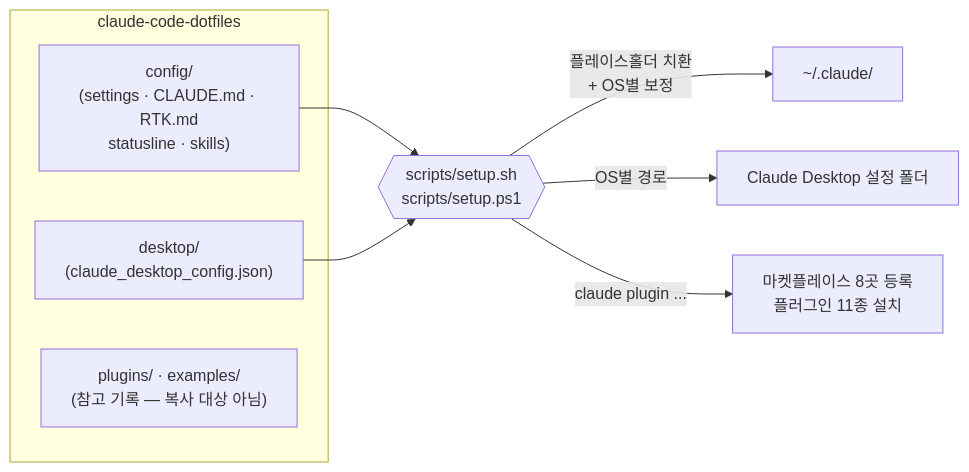
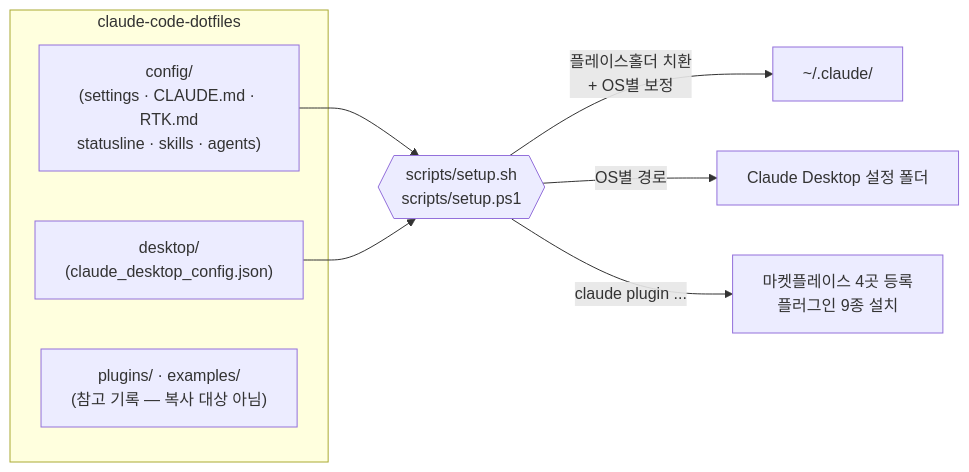
One commit to jelitz/claude-code-dotfiles changed the diagram in README.md. Above: the diagram before and after it, drawn with Mermaid. The commit also changed other lines of this file and 65 other files, not shown here.

````diff
--- a/README.md
+++ b/README.md
@@ -26,14 +27,14 @@
 ```mermaid
 flowchart LR
     subgraph repo["claude-code-dotfiles"]
-        CFG["config/<br/>(settings · CLAUDE.md · RTK.md<br/>statusline · skills)"]
+        CFG["config/<br/>(settings · CLAUDE.md · RTK.md<br/>statusline · skills · agents)"]
         DSK["desktop/<br/>(claude_desktop_config.json)"]
         REF["plugins/ · examples/<br/>(참고 기록 — 복사 대상 아님)"]
     end
     SETUP{{"scripts/setup.sh<br/>scripts/setup.ps1"}}
     CFG --> SETUP
     DSK --> SETUP
     SETUP -->|"플레이스홀더 치환<br/>+ OS별 보정"| HOME["~/.claude/"]
     SETUP -->|"OS별 경로"| DESKTOP["Claude Desktop 설정 폴더"]
-    SETUP -->|"claude plugin ..."| PLG["마켓플레이스 8곳 등록<br/>플러그인 11종 설치"]
+    SETUP -->|"claude plugin ..."| PLG["마켓플레이스 4곳 등록<br/>플러그인 9종 설치"]
 ```
````
